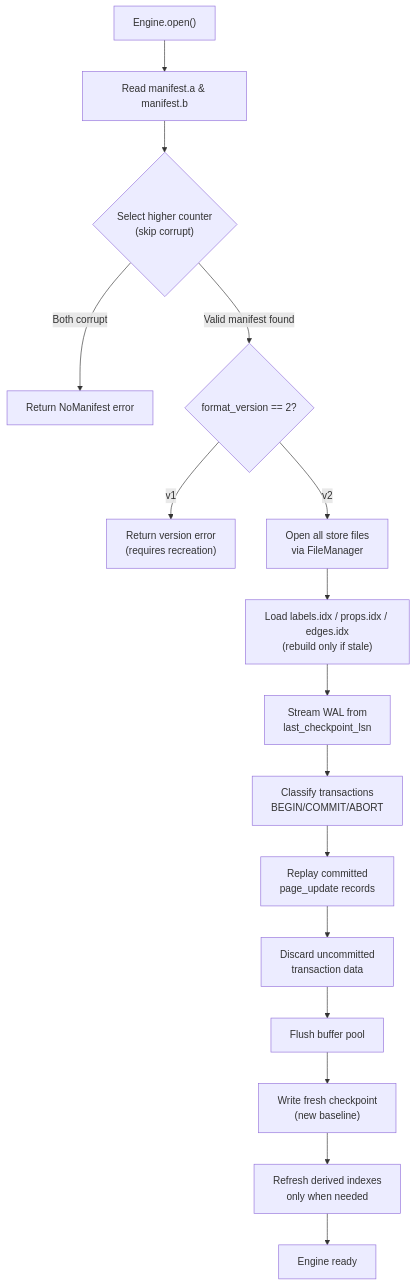
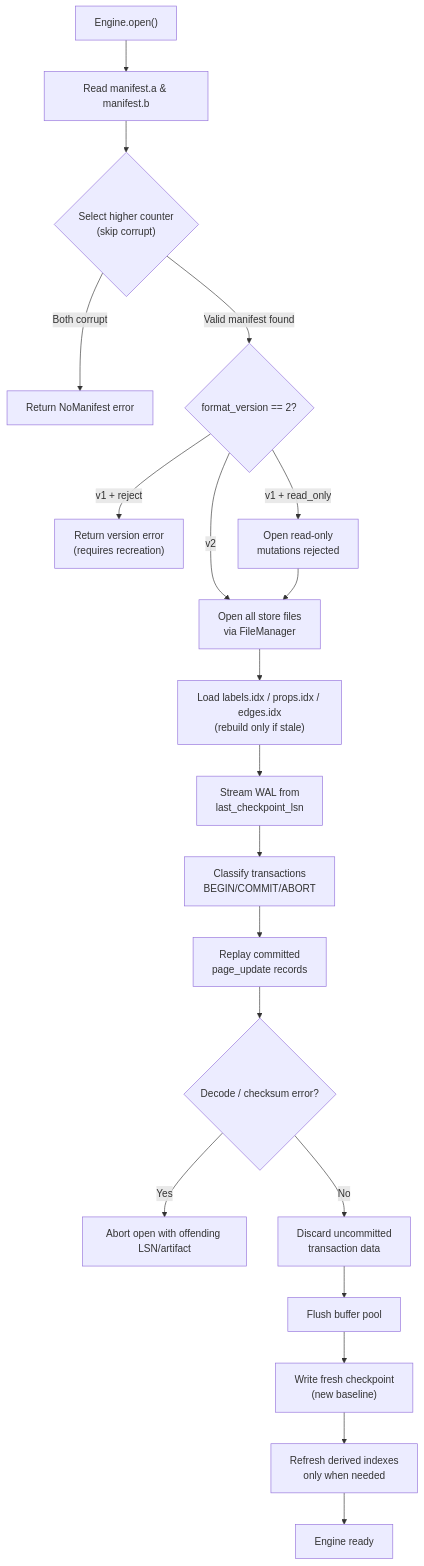
The fourth of 5 diagrams in README.md (geodedb/zig-graph-storage), drawn with Mermaid before and after one commit. The commit also changed other lines of this file and 42 other files, not shown here.

````diff
--- a/README.md
+++ b/README.md
@@ -149,18 +151,22 @@
 ```mermaid
 flowchart TD
     Start["Engine.open()"] --> ReadManifest["Read manifest.a & manifest.b"]
     ReadManifest --> SelectManifest{"Select higher counter<br/>(skip corrupt)"}
     SelectManifest -->|"Both corrupt"| Fail["Return NoManifest error"]
     SelectManifest -->|"Valid manifest found"| CheckVersion{"format_version == 2?"}
-    CheckVersion -->|"v1"| MigrationError["Return version error<br/>(requires recreation)"]
+    CheckVersion -->|"v1 + reject"| MigrationError["Return version error<br/>(requires recreation)"]
+    CheckVersion -->|"v1 + read_only"| ReadOnly["Open read-only<br/>mutations rejected"]
     CheckVersion -->|"v2"| OpenFiles["Open all store files<br/>via FileManager"]
+    ReadOnly --> OpenFiles
     OpenFiles --> LoadIndexes["Load labels.idx / props.idx / edges.idx<br/>(rebuild only if stale)"]
     LoadIndexes --> ReadWAL["Stream WAL from<br/>last_checkpoint_lsn"]
     ReadWAL --> ClassifyTxn["Classify transactions<br/>BEGIN/COMMIT/ABORT"]
     ClassifyTxn --> Replay["Replay committed<br/>page_update records"]
-    Replay --> DiscardUncommitted["Discard uncommitted<br/>transaction data"]
+    Replay --> FailClosed{"Decode / checksum error?"}
+    FailClosed -->|"Yes"| ReplayError["Abort open with offending LSN/artifact"]
+    FailClosed -->|"No"| DiscardUncommitted["Discard uncommitted<br/>transaction data"]
     DiscardUncommitted --> FlushBP["Flush buffer pool"]
     FlushBP --> FreshCheckpoint["Write fresh checkpoint<br/>(new baseline)"]
     FreshCheckpoint --> RebuildIndexes["Refresh derived indexes<br/>only when needed"]
     RebuildIndexes --> Ready["Engine ready"]
 ```
````
